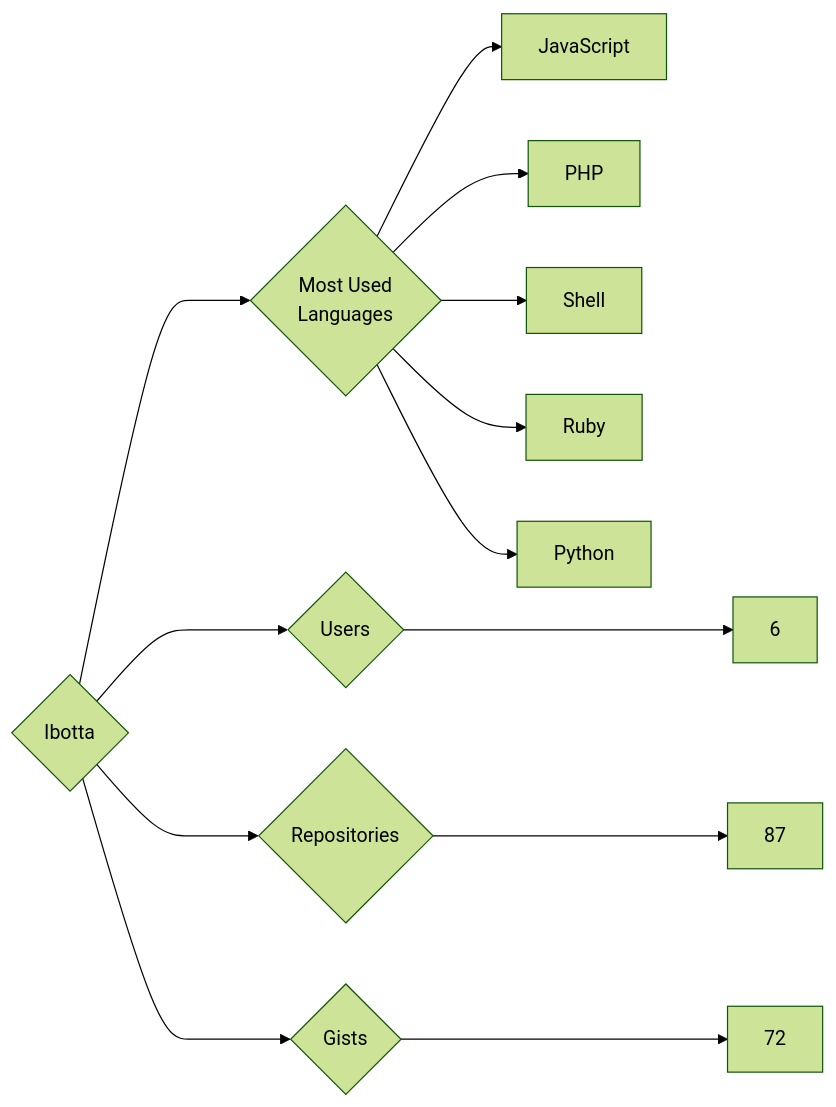
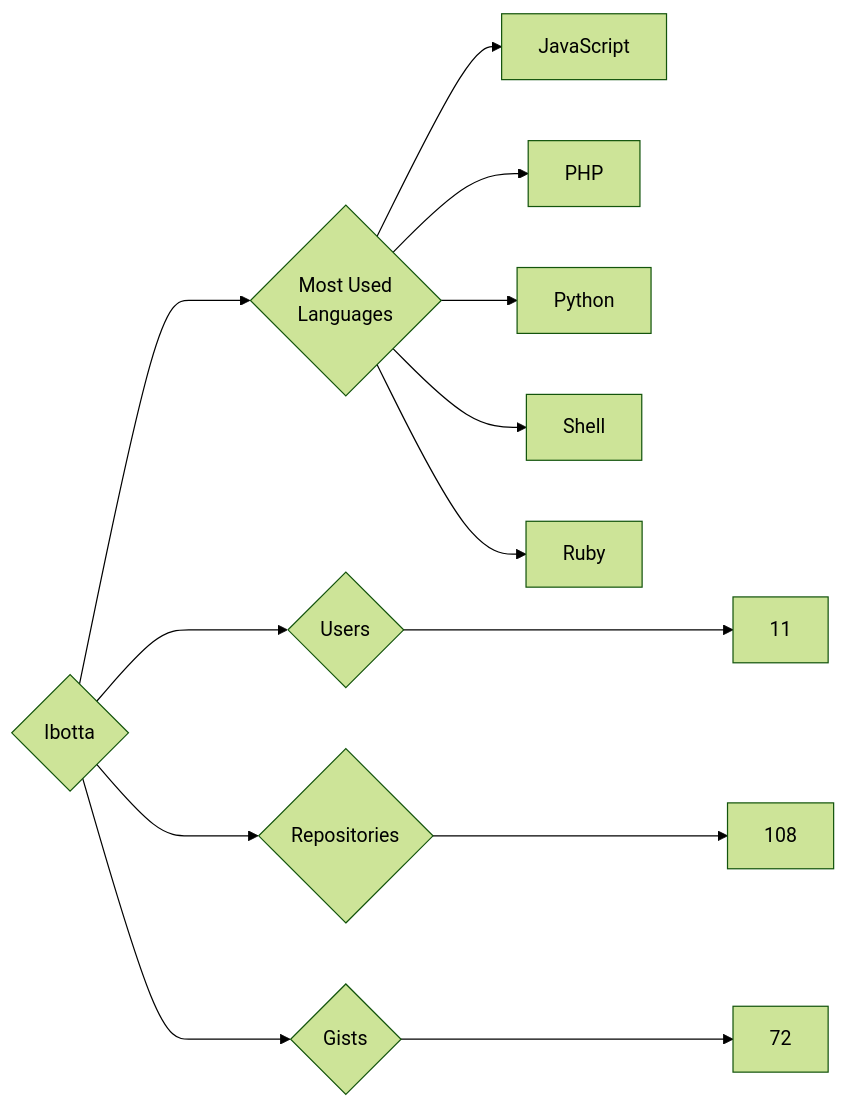
The diagram in targets/Ibotta/README.md (trickest/insiders), drawn with Mermaid (forest theme) before and after one commit. The commit also changed 1020 other files, not shown here.

````diff
--- a/targets/Ibotta/README.md
+++ b/targets/Ibotta/README.md
@@ -3,13 +3,13 @@
 ```mermaid
 graph LR
 COMPANY_NAME{Ibotta}
-COMPANY_NAME ---> U{Users} ---> UN[6]
-COMPANY_NAME ---> R{Repositories} ---> RN[87]
+COMPANY_NAME ---> U{Users} ---> UN[11]
+COMPANY_NAME ---> R{Repositories} ---> RN[108]
 COMPANY_NAME ---> G{Gists} ---> GN[72]
 COMPANY_NAME ---> ML{Most Used<br>Languages}
 ML --> JavaScript[JavaScript]
 ML --> PHP[PHP]
+ML --> Python[Python]
 ML --> Shell[Shell]
 ML --> Ruby[Ruby]
-ML --> Python[Python]
 ```
````
